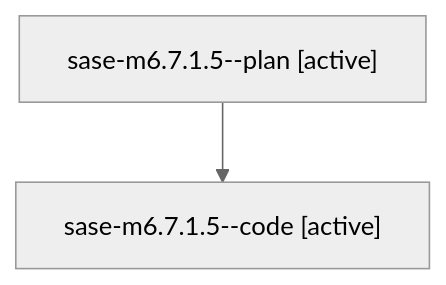
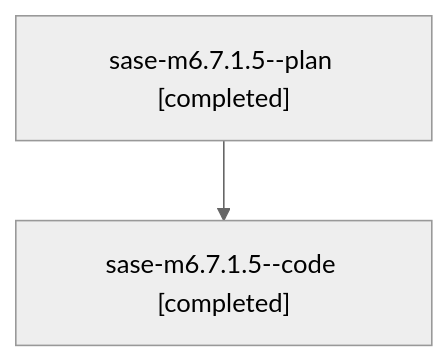
The diagram in families/bbugyi200.athena.sase-m6.7.1.5.md (sase-org/sase--agents), drawn with Mermaid (neutral theme) before and after one commit. The commit also changed other lines of this file and 100 other files, not shown here.

````diff
--- a/families/bbugyi200.athena.sase-m6.7.1.5.md
+++ b/families/bbugyi200.athena.sase-m6.7.1.5.md
@@ -9,6 +9,6 @@
 ```mermaid
 flowchart TD
-  n0["sase-m6.7.1.5--plan [active]"]
-  n1["sase-m6.7.1.5--code [active]"]
+  n0["sase-m6.7.1.5--plan [completed]"]
+  n1["sase-m6.7.1.5--code [completed]"]
   n0 --> n1
 ```
````
